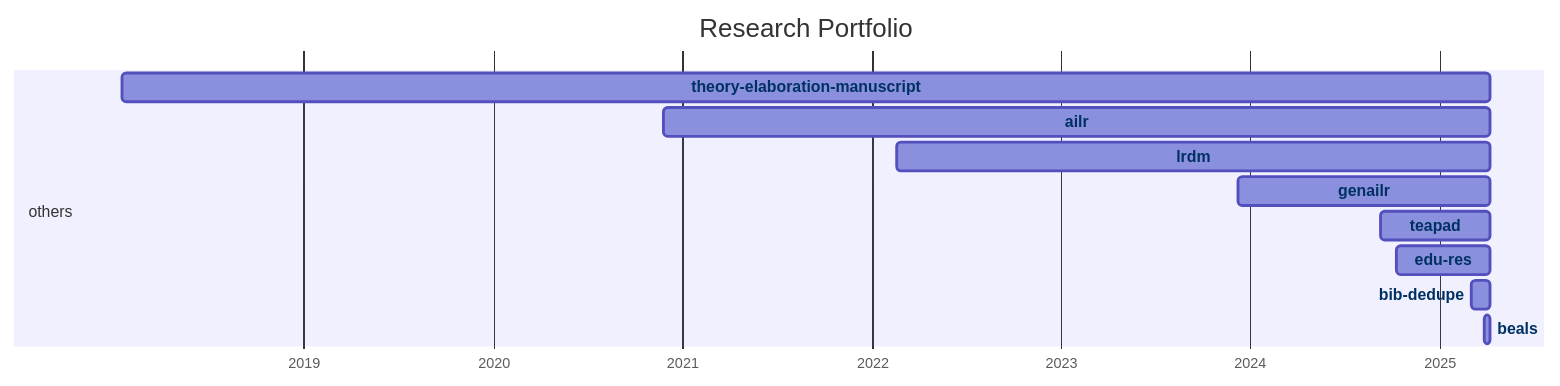
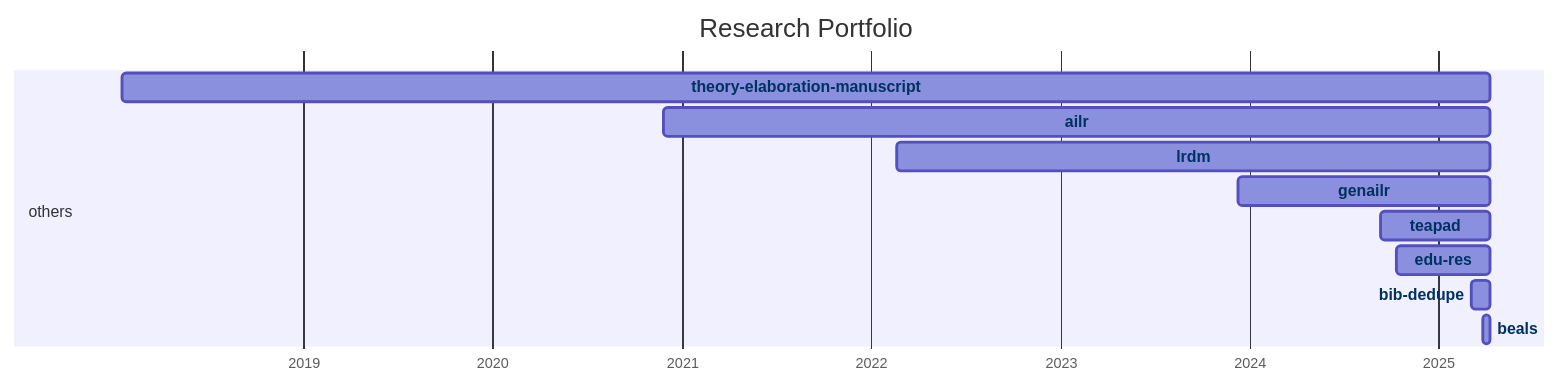
One commit to digital-work-lab/handbook changed the diagram in docs/20-research/25-projects-gantt.md. Above: the diagram before and after it, drawn with Mermaid.

Commit message:
Update repository overview

````diff
--- a/docs/20-research/25-projects-gantt.md
+++ b/docs/20-research/25-projects-gantt.md
@@ -8,35 +8,35 @@
 ```mermaid
 ---
 displayMode: compact
 ---
 gantt
 title Research Portfolio
 dateFormat YYYY-MM-DD
 axisFormat %Y
 
     section work_practices
 
     section distributed_organizing
 
     section knowledge_synthesis
 
     section others
-        beals :beals, 2025-03-28, 2025-04-09
-        bib-dedupe :bib-dedupe, 2025-03-04, 2025-04-09
-        edu-res :edu-res, 2024-10-10, 2025-04-09
-        teapad :teapad, 2024-09-10, 2025-04-09
-        genailr :genailr, 2023-12-10, 2025-04-09
-        lrdm :lrdm, 2022-02-20, 2025-04-09
-        ailr :ailr, 2020-11-26, 2025-04-09
-        theory-elaboration-manuscript :theory-elaboration-manuscript, 2018-01-15, 2025-04-09
+        beals :beals, 2025-03-28, 2025-04-10
+        bib-dedupe :bib-dedupe, 2025-03-04, 2025-04-10
+        edu-res :edu-res, 2024-10-10, 2025-04-10
+        teapad :teapad, 2024-09-10, 2025-04-10
+        genailr :genailr, 2023-12-10, 2025-04-10
+        lrdm :lrdm, 2022-02-20, 2025-04-10
+        ailr :ailr, 2020-11-26, 2025-04-10
+        theory-elaboration-manuscript :theory-elaboration-manuscript, 2018-01-15, 2025-04-10
 
 
     click beals href "{{ site.baseurl }}/docs/20-research/25-projects/_repos/beals"
     click bib-dedupe href "{{ site.baseurl }}/docs/20-research/25-projects/_repos/bib-dedupe"
     click edu-res href "{{ site.baseurl }}/docs/20-research/25-projects/_repos/edu-res"
     click teapad href "{{ site.baseurl }}/docs/20-research/25-projects/_repos/teapad"
     click genailr href "{{ site.baseurl }}/docs/20-research/25-projects/_repos/genailr"
     click lrdm href "{{ site.baseurl }}/docs/20-research/25-projects/_repos/lrdm"
     click ailr href "{{ site.baseurl }}/docs/20-research/25-projects/_repos/ailr"
     click theory-elaboration-manuscript href "{{ site.baseurl }}/docs/20-research/25-projects/_repos/theory-elaboration-manuscript"
 ```
````
